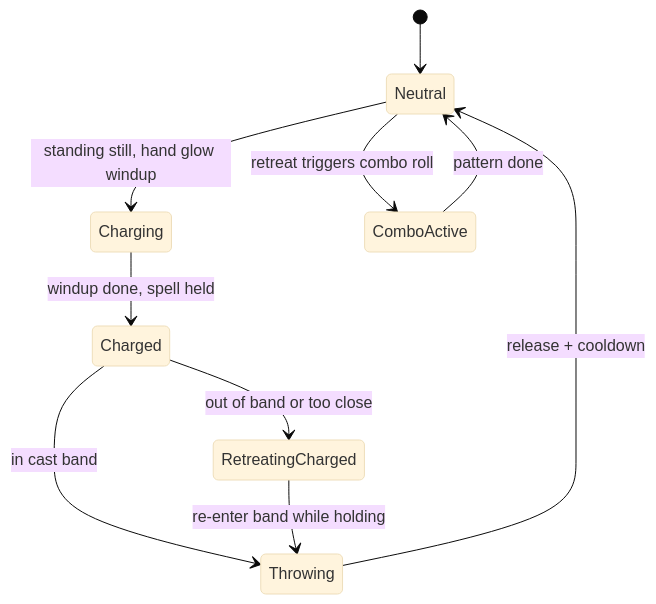
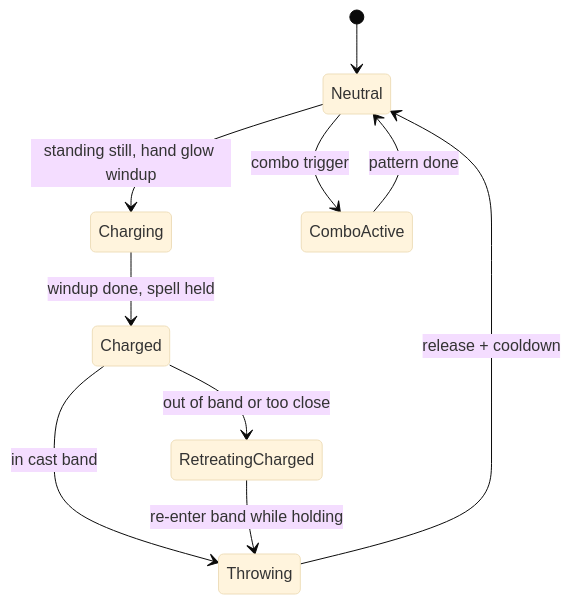
Before and after one commit to Armando-Garcia/friend-slop: the fifth of 7 diagrams in docs/monsters/README.md, drawn with Mermaid (base theme). The commit also changed other lines of this file and 35 other files, not shown here.

Commit message:
Retune Ash ward-block combos with close/far sequences and keep leftover projectiles from crashing after a caster dies.

````diff
--- a/docs/monsters/README.md
+++ b/docs/monsters/README.md
@@ -181,12 +182,12 @@
 ```mermaid
 stateDiagram-v2
 	[*] --> Neutral
 	Neutral --> Charging: standing still, hand glow windup
 	Charging --> Charged: windup done, spell held
 	Charged --> Throwing: in cast band
 	Charged --> RetreatingCharged: out of band or too close
 	RetreatingCharged --> Throwing: re-enter band while holding
 	Throwing --> Neutral: release + cooldown
-	Neutral --> ComboActive: retreat triggers combo roll
+	Neutral --> ComboActive: combo trigger
 	ComboActive --> Neutral: pattern done
 ```
````
